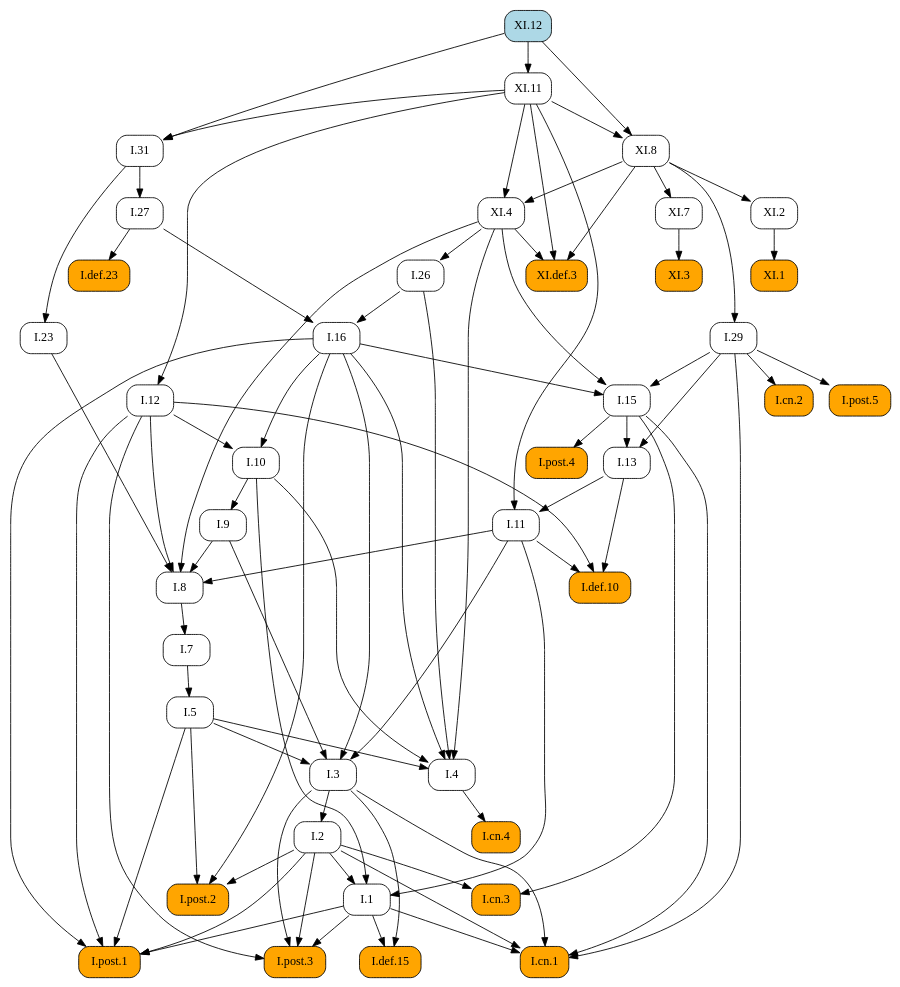
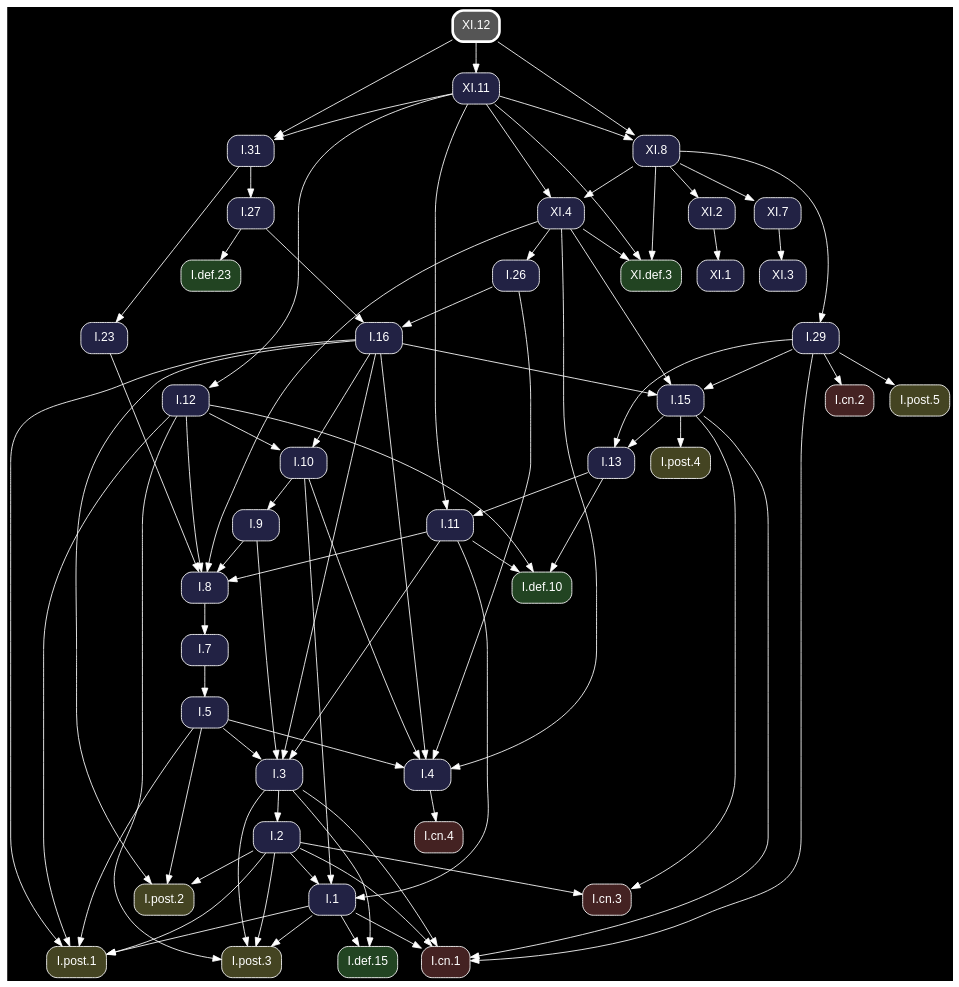
Before and after one commit to geometor/elements: the diagram in docsrc/heath/XI/12/index.rst, drawn with Graphviz. The commit also changed other lines of this file and 1200 other files, not shown here.

Commit message:
update dependency graphs

```diff
--- a/docsrc/heath/XI/12/index.rst
+++ b/docsrc/heath/XI/12/index.rst
@@ -31,76 +31,55 @@
 .. graphviz::
 
    digraph {
+     bgcolor="black";
+     node [shape=box, style="rounded,filled", fontname="Helvetica", color="white", fontcolor="white"];
+     edge [color="white", fontcolor="white"];
      rankdir="TB";
-     node [shape=box, style=rounded];
-     "I.23" [URL="/heath/I/23/", target="_top"];
-     "I.9" [URL="/heath/I/9/", target="_top"];
-     "XI.4" [URL="/heath/XI/4/", target="_top"];
-     "I.def.15" [style="rounded,filled", fillcolor=orange, URL="/heath/I/def.15/", target="_top"];
-     "XI.8" [URL="/heath/XI/8/", target="_top"];
-     "I.post.3" [style="rounded,filled", fillcolor=orange, URL="/heath/I/post.3/", target="_top"];
-     "I.post.1" [style="rounded,filled", fillcolor=orange, URL="/heath/I/post.1/", target="_top"];
-     "XI.3" [style="rounded,filled", fillcolor=orange, URL="/heath/XI/3/", target="_top"];
-     "I.31" [URL="/heath/I/31/", target="_top"];
-     "I.def.10" [style="rounded,filled", fillcolor=orange, URL="/heath/I/def.10/", target="_top"];
-     "XI.12" [style="rounded,filled", fillcolor=lightblue, URL="/heath/XI/12/", target="_top"];
-     "XI.def.3" [style="rounded,filled", fillcolor=orange, URL="/heath/XI/def.3/", target="_top"];
-     "I.27" [URL="/heath/I/27/", target="_top"];
-     "XI.2" [URL="/heath/XI/2/", target="_top"];
-     "XI.7" [URL="/heath/XI/7/", target="_top"];
-     "I.3" [URL="/heath/I/3/", target="_top"];
-     "I.cn.1" [style="rounded,filled", fillcolor=orange, URL="/heath/I/cn.1/", target="_top"];
-     "I.7" [URL="/heath/I/7/", target="_top"];
-     "I.2" [URL="/heath/I/2/", target="_top"];
-     "I.13" [URL="/heath/I/13/", target="_top"];
-     "I.post.4" [style="rounded,filled", fillcolor=orange, URL="/heath/I/post.4/", target="_top"];
-     "I.4" [URL="/heath/I/4/", target="_top"];
-     "I.1" [URL="/heath/I/1/", target="_top"];
-     "I.5" [URL="/heath/I/5/", target="_top"];
-     "I.8" [URL="/heath/I/8/", target="_top"];
-     "I.29" [URL="/heath/I/29/", target="_top"];
-     "I.cn.3" [style="rounded,filled", fillcolor=orange, URL="/heath/I/cn.3/", target="_top"];
-     "I.16" [URL="/heath/I/16/", target="_top"];
-     "I.15" [URL="/heath/I/15/", target="_top"];
-     "I.10" [URL="/heath/I/10/", target="_top"];
-     "I.11" [URL="/heath/I/11/", target="_top"];
-     "I.def.23" [style="rounded,filled", fillcolor=orange, URL="/heath/I/def.23/", target="_top"];
-     "I.cn.2" [style="rounded,filled", fillcolor=orange, URL="/heath/I/cn.2/", target="_top"];
-     "I.post.5" [style="rounded,filled", fillcolor=orange, URL="/heath/I/post.5/", target="_top"];
-     "I.12" [URL="/heath/I/12/", target="_top"];
-     "XI.1" [style="rounded,filled", fillcolor=orange, URL="/heath/XI/1/", target="_top"];
-     "I.cn.4" [style="rounded,filled", fillcolor=orange, URL="/heath/I/cn.4/", target="_top"];
-     "I.post.2" [style="rounded,filled", fillcolor=orange, URL="/heath/I/post.2/", target="_top"];
-     "XI.11" [URL="/heath/XI/11/", target="_top"];
-     "I.26" [URL="/heath/I/26/", target="_top"];
-     "I.31" -> "I.23";
-     "I.10" -> "I.9";
-     "XI.8" -> "XI.4";
-     "XI.11" -> "XI.4";
-     "I.1" -> "I.def.15";
-     "I.3" -> "I.def.15";
+     "I.31" [fillcolor="#222244", URL="/heath/I/31/", target="_top"];
+     "XI.8" [fillcolor="#222244", URL="/heath/XI/8/", target="_top"];
+     "I.12" [fillcolor="#222244", URL="/heath/I/12/", target="_top"];
+     "XI.7" [fillcolor="#222244", URL="/heath/XI/7/", target="_top"];
+     "I.3" [fillcolor="#222244", URL="/heath/I/3/", target="_top"];
+     "I.cn.1" [fillcolor="#442222", URL="/heath/I/cn.1/", target="_top"];
+     "XI.def.3" [fillcolor="#224422", URL="/heath/XI/def.3/", target="_top"];
+     "I.def.10" [fillcolor="#224422", URL="/heath/I/def.10/", target="_top"];
+     "I.15" [fillcolor="#222244", URL="/heath/I/15/", target="_top"];
+     "I.13" [fillcolor="#222244", URL="/heath/I/13/", target="_top"];
+     "I.27" [fillcolor="#222244", URL="/heath/I/27/", target="_top"];
+     "I.2" [fillcolor="#222244", URL="/heath/I/2/", target="_top"];
+     "XI.3" [fillcolor="#222244", URL="/heath/XI/3/", target="_top"];
+     "I.cn.2" [fillcolor="#442222", URL="/heath/I/cn.2/", target="_top"];
+     "XI.1" [fillcolor="#222244", URL="/heath/XI/1/", target="_top"];
+     "I.9" [fillcolor="#222244", URL="/heath/I/9/", target="_top"];
+     "XI.11" [fillcolor="#222244", URL="/heath/XI/11/", target="_top"];
+     "I.1" [fillcolor="#222244", URL="/heath/I/1/", target="_top"];
+     "I.post.5" [fillcolor="#444422", URL="/heath/I/post.5/", target="_top"];
+     "I.post.4" [fillcolor="#444422", URL="/heath/I/post.4/", target="_top"];
+     "I.23" [fillcolor="#222244", URL="/heath/I/23/", target="_top"];
+     "I.26" [fillcolor="#222244", URL="/heath/I/26/", target="_top"];
+     "I.8" [fillcolor="#222244", URL="/heath/I/8/", target="_top"];
+     "I.4" [fillcolor="#222244", URL="/heath/I/4/", target="_top"];
+     "I.7" [fillcolor="#222244", URL="/heath/I/7/", target="_top"];
+     "I.5" [fillcolor="#222244", URL="/heath/I/5/", target="_top"];
+     "I.10" [fillcolor="#222244", URL="/heath/I/10/", target="_top"];
+     "I.post.1" [fillcolor="#444422", URL="/heath/I/post.1/", target="_top"];
+     "I.11" [fillcolor="#222244", URL="/heath/I/11/", target="_top"];
+     "I.16" [fillcolor="#222244", URL="/heath/I/16/", target="_top"];
+     "I.cn.3" [fillcolor="#442222", URL="/heath/I/cn.3/", target="_top"];
+     "I.29" [fillcolor="#222244", URL="/heath/I/29/", target="_top"];
+     "I.post.2" [fillcolor="#444422", URL="/heath/I/post.2/", target="_top"];
+     "I.cn.4" [fillcolor="#442222", URL="/heath/I/cn.4/", target="_top"];
+     "I.def.23" [fillcolor="#224422", URL="/heath/I/def.23/", target="_top"];
+     "XI.12" [penwidth=3, color="white", fillcolor="#555555", URL="/heath/XI/12/", target="_top"];
+     "I.post.3" [fillcolor="#444422", URL="/heath/I/post.3/", target="_top"];
+     "I.def.15" [fillcolor="#224422", URL="/heath/I/def.15/", target="_top"];
+     "XI.4" [fillcolor="#222244", URL="/heath/XI/4/", target="_top"];
+     "XI.2" [fillcolor="#222244", URL="/heath/XI/2/", target="_top"];
+     "XI.11" -> "I.31";
+     "XI.12" -> "I.31";
      "XI.11" -> "XI.8";
      "XI.12" -> "XI.8";
-     "I.1" -> "I.post.3";
-     "I.2" -> "I.post.3";
-     "I.3" -> "I.post.3";
-     "I.12" -> "I.post.3";
-     "I.1" -> "I.post.1";
-     "I.2" -> "I.post.1";
-     "I.5" -> "I.post.1";
-     "I.12" -> "I.post.1";
-     "I.16" -> "I.post.1";
-     "XI.7" -> "XI.3";
-     "XI.11" -> "I.31";
-     "XI.12" -> "I.31";
-     "I.11" -> "I.def.10";
-     "I.12" -> "I.def.10";
-     "I.13" -> "I.def.10";
-     "XI.4" -> "XI.def.3";
-     "XI.8" -> "XI.def.3";
-     "XI.11" -> "XI.def.3";
-     "I.31" -> "I.27";
-     "XI.8" -> "XI.2";
+     "XI.11" -> "I.12";
      "XI.8" -> "XI.7";
      "I.5" -> "I.3";
      "I.9" -> "I.3";
@@ -111,46 +90,69 @@
      "I.3" -> "I.cn.1";
      "I.15" -> "I.cn.1";
      "I.29" -> "I.cn.1";
-     "I.8" -> "I.7";
-     "I.3" -> "I.2";
+     "XI.4" -> "XI.def.3";
+     "XI.8" -> "XI.def.3";
+     "XI.11" -> "XI.def.3";
+     "I.11" -> "I.def.10";
+     "I.12" -> "I.def.10";
+     "I.13" -> "I.def.10";
+     "I.16" -> "I.15";
+     "I.29" -> "I.15";
+     "XI.4" -> "I.15";
      "I.15" -> "I.13";
      "I.29" -> "I.13";
+     "I.31" -> "I.27";
+     "I.3" -> "I.2";
+     "XI.7" -> "XI.3";
+     "I.29" -> "I.cn.2";
+     "XI.2" -> "XI.1";
+     "I.10" -> "I.9";
+     "XI.12" -> "XI.11";
+     "I.2" -> "I.1";
+     "I.10" -> "I.1";
+     "I.11" -> "I.1";
+     "I.29" -> "I.post.5";
      "I.15" -> "I.post.4";
+     "I.31" -> "I.23";
+     "XI.4" -> "I.26";
+     "I.9" -> "I.8";
+     "I.11" -> "I.8";
+     "I.12" -> "I.8";
+     "I.23" -> "I.8";
+     "XI.4" -> "I.8";
      "I.5" -> "I.4";
      "I.10" -> "I.4";
      "I.16" -> "I.4";
      "I.26" -> "I.4";
      "XI.4" -> "I.4";
-     "I.2" -> "I.1";
-     "I.10" -> "I.1";
-     "I.11" -> "I.1";
+     "I.8" -> "I.7";
      "I.7" -> "I.5";
-     "I.9" -> "I.8";
-     "I.11" -> "I.8";
-     "I.12" -> "I.8";
-     "I.23" -> "I.8";
-     "XI.4" -> "I.8";
-     "XI.8" -> "I.29";
+     "I.12" -> "I.10";
+     "I.16" -> "I.10";
+     "I.1" -> "I.post.1";
+     "I.2" -> "I.post.1";
+     "I.5" -> "I.post.1";
+     "I.12" -> "I.post.1";
+     "I.16" -> "I.post.1";
+     "I.13" -> "I.11";
+     "XI.11" -> "I.11";
+     "I.26" -> "I.16";
+     "I.27" -> "I.16";
      "I.2" -> "I.cn.3";
      "I.15" -> "I.cn.3";
-     "I.26" -> "I.16";
-     "I.27" -> "I.16";
-     "I.16" -> "I.15";
-     "I.29" -> "I.15";
-     "XI.4" -> "I.15";
-     "I.12" -> "I.10";
-     "I.16" -> "I.10";
-     "I.13" -> "I.11";
-     "XI.11" -> "I.11";
-     "I.27" -> "I.def.23";
-     "I.29" -> "I.cn.2";
-     "I.29" -> "I.post.5";
-     "XI.11" -> "I.12";
-     "XI.2" -> "XI.1";
-     "I.4" -> "I.cn.4";
+     "XI.8" -> "I.29";
      "I.2" -> "I.post.2";
      "I.5" -> "I.post.2";
      "I.16" -> "I.post.2";
-     "XI.12" -> "XI.11";
-     "XI.4" -> "I.26";
+     "I.4" -> "I.cn.4";
+     "I.27" -> "I.def.23";
+     "I.1" -> "I.post.3";
+     "I.2" -> "I.post.3";
+     "I.3" -> "I.post.3";
+     "I.12" -> "I.post.3";
+     "I.1" -> "I.def.15";
+     "I.3" -> "I.def.15";
+     "XI.8" -> "XI.4";
+     "XI.11" -> "XI.4";
+     "XI.8" -> "XI.2";
    }
```
